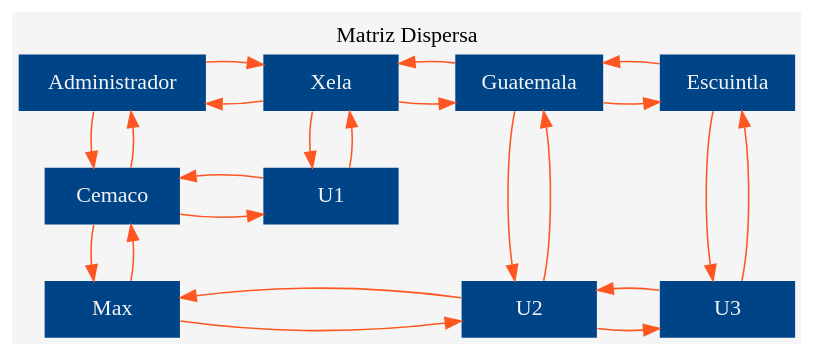
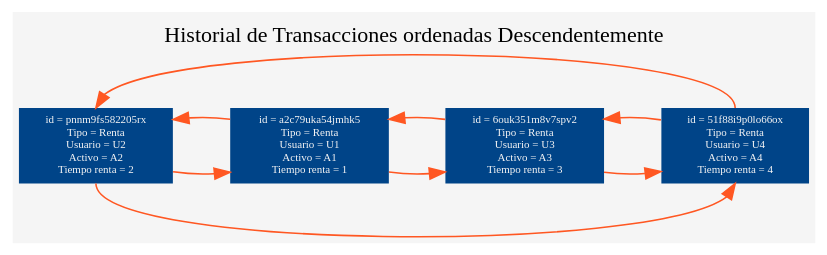
Before and after one commit to HerberthReyes07/EDD_EVD24_P1: the diagram in cmake-build-debug/aux_grafico.dot, drawn with Graphviz. The commit also changed 40 other files, not shown here.

```diff
--- a/cmake-build-debug/aux_grafico.dot
+++ b/cmake-build-debug/aux_grafico.dot
@@ -1,42 +1,21 @@
 digraph G {
 bgcolor="#F5F5F5";fontcolor=black;
-label="Matriz Dispersa";
+label="Historial de Transacciones ordenadas Descendentemente";
 labelloc="t";
 nodesep=0.5;
-node [shape=box width=1.2 style=filled fillcolor="#004488" fontcolor="#F5F5F5" color=transparent];
+node [fontsize = 7 shape=box style=filled fillcolor="#004488" fontcolor="#F5F5F5" color=transparent];
 edge [fontcolor=white color="#ff5722"];
-n0[label="Administrador" group=1];
-n2[label="Xela" group=2];
-n5[label="Guatemala" group=3];
-n8[label="Escuintla" group=4];
-n3[label="Cemaco" group=1];
-n1[label="U1" group=2];
-n6[label="Max" group=1];
-n4[label="U2" group=3];
-n7[label="U3" group=4];
-n2->n0;
-n3->n0;
-n0->n2;
-n0->n3;
-n2->n5;
+n1[label="id = pnnm9fs582205rx\nTipo = Renta\nUsuario = U2\nActivo = A2\nTiempo renta = 2"];
+n2[label="id = a2c79uka54jmhk5\nTipo = Renta\nUsuario = U1\nActivo = A1\nTiempo renta = 1"];
+n3[label="id = 6ouk351m8v7spv2\nTipo = Renta\nUsuario = U3\nActivo = A3\nTiempo renta = 3"];
+n4[label="id = 51f88i9p0lo66ox\nTipo = Renta\nUsuario = U4\nActivo = A4\nTiempo renta = 4"];
+n1->n2;
+n2->n3;
 n2->n1;
-n5->n2;
-n5->n8;
-n5->n4;
-n8->n5;
-n8->n7;
-n3->n1;
-n3->n6;
-n1->n3;
-n1->n2;
-n6->n4;
-n6->n3;
-n4->n6;
-n4->n7;
-n4->n5;
-n7->n4;
-n7->n8;
-{ rank=same; n0; n2; n5; n8;  }
-{ rank=same; n3; n1;  }
-{ rank=same; n6; n4; n7;  }
+n3->n4;
+n3->n2;
+n4->n3;
+n4->n1[tailport=n headport=n];
+n1->n4[tailport=s headport=s];
+{ rank=same; n1; n2; n3; n4; }
 }
```
